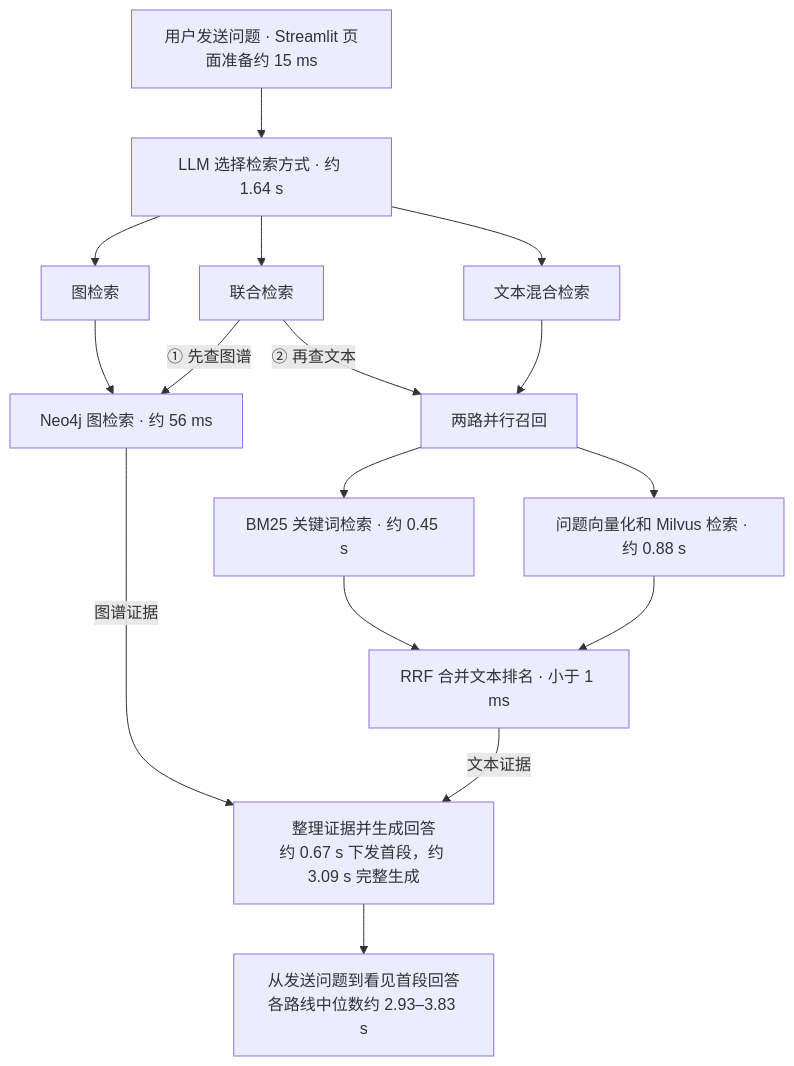
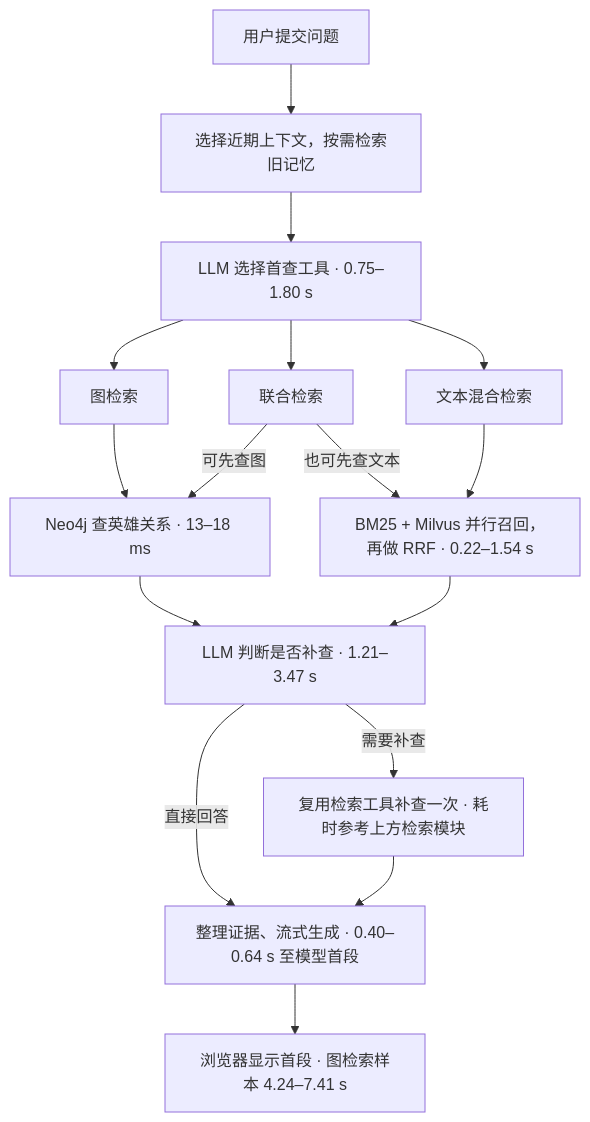
One commit to yhbkyhbk/HonorGuide changed the diagram in README.md. Above: the diagram before and after it, drawn with Mermaid. The commit also changed other lines of this file and 40 other files, not shown here.

````diff
--- a/README.md
+++ b/README.md
@@ -28,18 +18,18 @@
 ```mermaid
 flowchart TD
-    UI["用户发送问题 · Streamlit 页面准备约 15 ms"] --> ROUTE["LLM 选择检索方式 · 约 1.64 s"]
-    ROUTE --> GRAPH_MODE["图检索"]
-    ROUTE --> BOTH["联合检索"]
-    ROUTE --> TEXT_MODE["文本混合检索"]
-    GRAPH_MODE --> GRAPH["Neo4j 图检索 · 约 56 ms"]
-    BOTH -->|"① 先查图谱"| GRAPH
-    BOTH -->|"② 再查文本"| TEXT
-    TEXT_MODE --> TEXT["两路并行召回"]
-    TEXT --> BM25["BM25 关键词检索 · 约 0.45 s"]
-    TEXT --> VECTOR["问题向量化和 Milvus 检索 · 约 0.88 s"]
-    BM25 --> RRF
-    VECTOR --> RRF["RRF 合并文本排名 · 小于 1 ms"]
-    RRF -->|"文本证据"| GEN["整理证据并生成回答<br/>约 0.67 s 下发首段，约 3.09 s 完整生成"]
-    GRAPH -->|"图谱证据"| GEN
-    GEN --> DISPLAY["从发送问题到看见首段回答<br/>各路线中位数约 2.93–3.83 s"]
+    UI["用户提交问题"] --> MEMORY["选择近期上下文，按需检索旧记忆"]
+    MEMORY --> PLAN["LLM 选择首查工具 · 0.75–1.80 s"]
+    PLAN --> GRAPH_MODE["图检索"]
+    PLAN --> BOTH["联合检索"]
+    PLAN --> TEXT_MODE["文本混合检索"]
+    GRAPH_MODE --> GRAPH["Neo4j 查英雄关系 · 13–18 ms"]
+    BOTH -->|"可先查图"| GRAPH
+    BOTH -->|"也可先查文本"| TEXT
+    TEXT_MODE --> TEXT["BM25 + Milvus 并行召回，再做 RRF · 0.22–1.54 s"]
+    GRAPH --> CHECK["LLM 判断是否补查 · 1.21–3.47 s"]
+    TEXT --> CHECK
+    CHECK -->|"需要补查"| EXTRA["复用检索工具补查一次 · 耗时参考上方检索模块"]
+    CHECK -->|"直接回答"| GEN["整理证据、流式生成 · 0.40–0.64 s 至模型首段"]
+    EXTRA --> GEN
+    GEN --> END["浏览器显示首段 · 图检索样本 4.24–7.41 s"]
 ```
````
